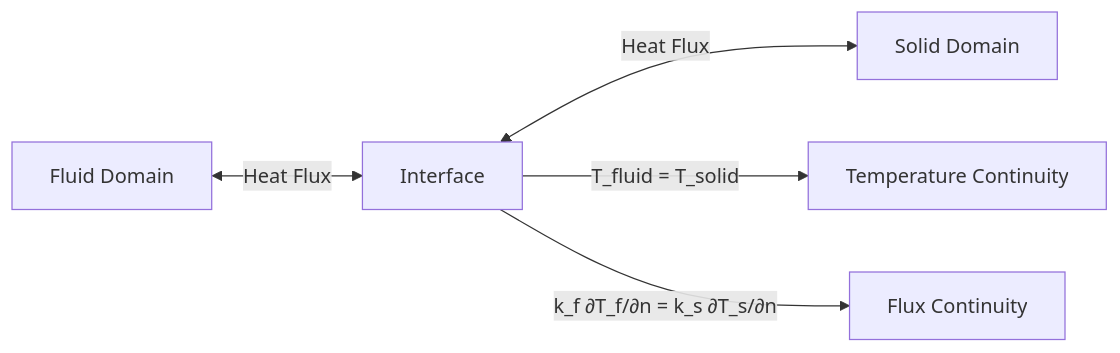
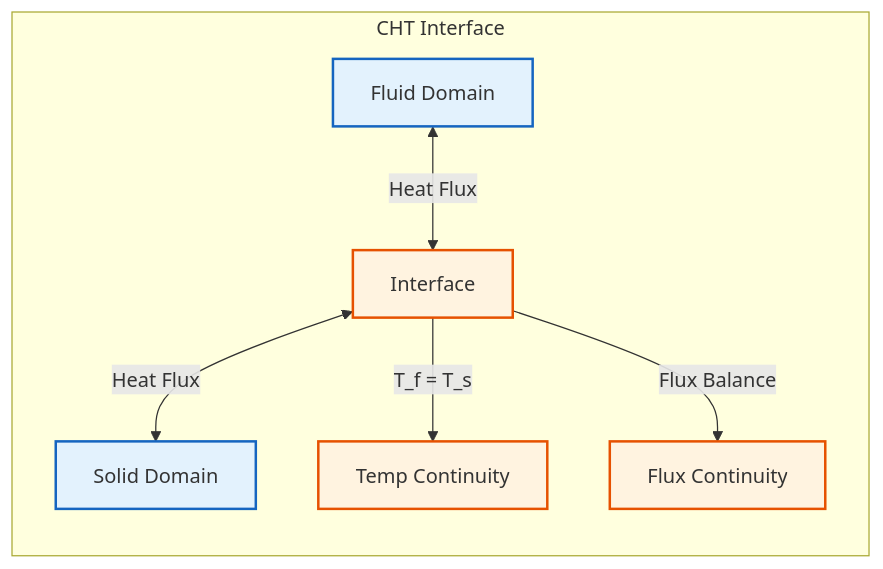
The first of 2 diagrams in MODULE_03_SINGLE_PHASE_FLOW/CONTENT/04_HEAT_TRANSFER/04_Conjugate_Heat_Transfer.md (wramet/build-my-cfd), drawn with Mermaid before and after one commit. The commit also changed other lines of this file and 313 other files, not shown here.

Commit message:
Revise all diagram

````diff
--- a/MODULE_03_SINGLE_PHASE_FLOW/CONTENT/04_HEAT_TRANSFER/04_Conjugate_Heat_Transfer.md
+++ b/MODULE_03_SINGLE_PHASE_FLOW/CONTENT/04_HEAT_TRANSFER/04_Conjugate_Heat_Transfer.md
@@ -42,7 +42,13 @@
 ```mermaid
 flowchart LR
-    A[Fluid Domain] <-->|Heat Flux| B[Interface]
-    B <-->|Heat Flux| C[Solid Domain]
-    B -->|T_fluid = T_solid| D[Temperature Continuity]
-    B -->|k_f ∂T_f/∂n = k_s ∂T_s/∂n| E[Flux Continuity]
+%% Classes
+classDef explicit fill:#fff3e0,stroke:#e65100,stroke-width:2px;
+classDef implicit fill:#e3f2fd,stroke:#1565c0,stroke-width:2px;
+%% Nodes
+subgraph CHT_System["CHT Interface"]
+    A[Fluid Domain]:::implicit <-->|Heat Flux| B[Interface]:::explicit
+    B <-->|Heat Flux| C[Solid Domain]:::implicit
+    B -->|T_f = T_s| D[Temp Continuity]:::explicit
+    B -->|Flux Balance| E[Flux Continuity]:::explicit
+end
 ```
````
